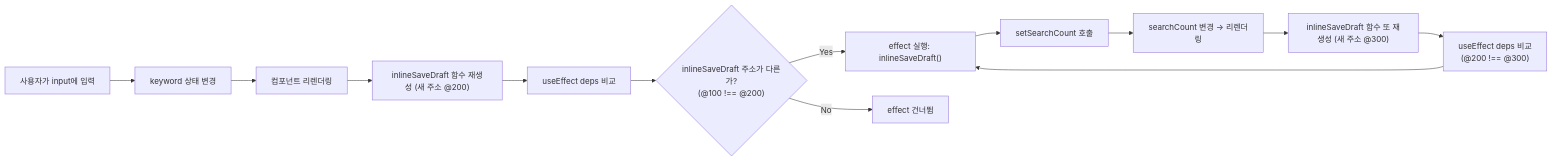
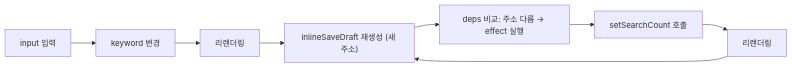
The second of 3 diagrams in markdown/2026-01-18/ko/content.mdx (codefug/codefug.github.io), drawn with Mermaid before and after one commit. The commit also changed other lines of this file and 1 other file, not shown here.

````diff
--- a/markdown/2026-01-18/ko/content.mdx
+++ b/markdown/2026-01-18/ko/content.mdx
@@ -355,15 +97,10 @@
 ```mermaid
 flowchart LR
-    A["사용자가 input에 입력"] --> B["keyword 상태 변경"]
-    B --> C["컴포넌트 리렌더링"]
-    C --> D["inlineSaveDraft 함수 재생성 (새 주소 @200)"]
-    D --> E["useEffect deps 비교"]
-    E --> F{"inlineSaveDraft 주소가 다른가?<br/>(@100 !== @200)"}
-    F -->|Yes| G["effect 실행: inlineSaveDraft()"]
-    G --> H["setSearchCount 호출"]
-    H --> I["searchCount 변경 → 리렌더링"]
-    I --> J["inlineSaveDraft 함수 또 재생성 (새 주소 @300)"]
-    J --> K["useEffect deps 비교<br/>(@200 !== @300)"]
-    K --> G
-    F -->|No| L["effect 건너뜀"]
+    A["input 입력"] --> B["keyword 변경"]
+    B --> C["리렌더링"]
+    C --> D["inlineSaveDraft 재생성 (새 주소)"]
+    D --> E["deps 비교: 주소 다름 → effect 실행"]
+    E --> F["setSearchCount 호출"]
+    F --> G["리렌더링"]
+    G --> D
 ```
````
